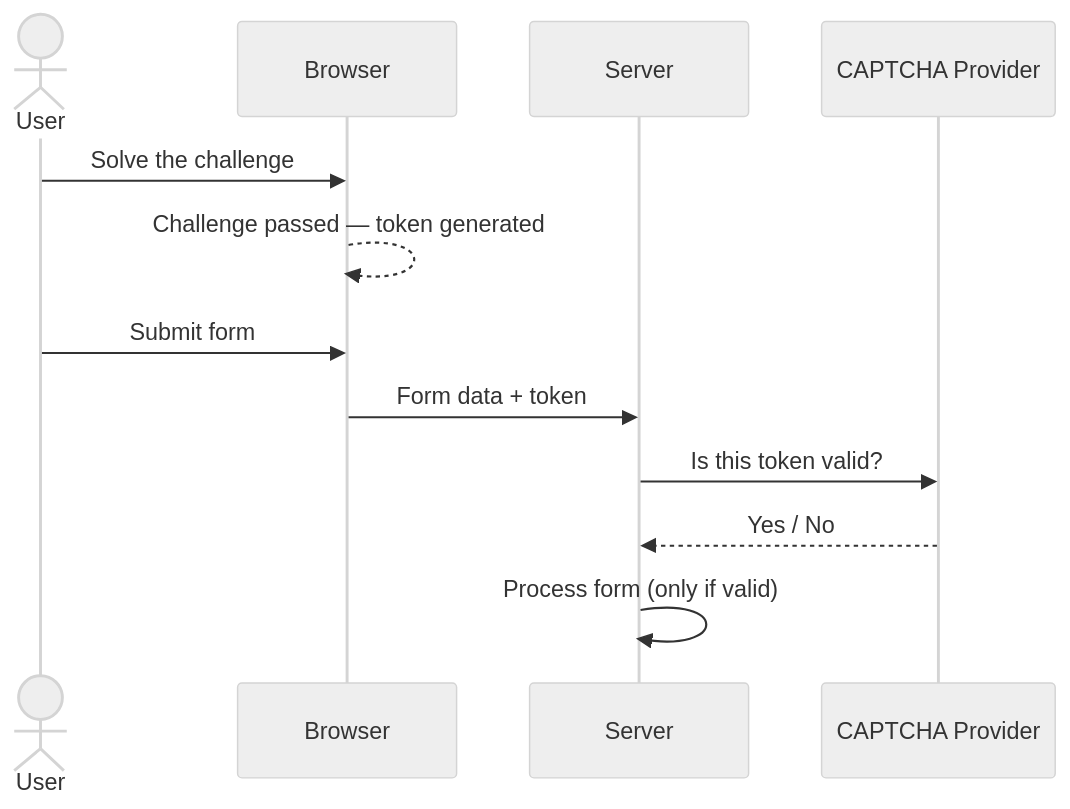
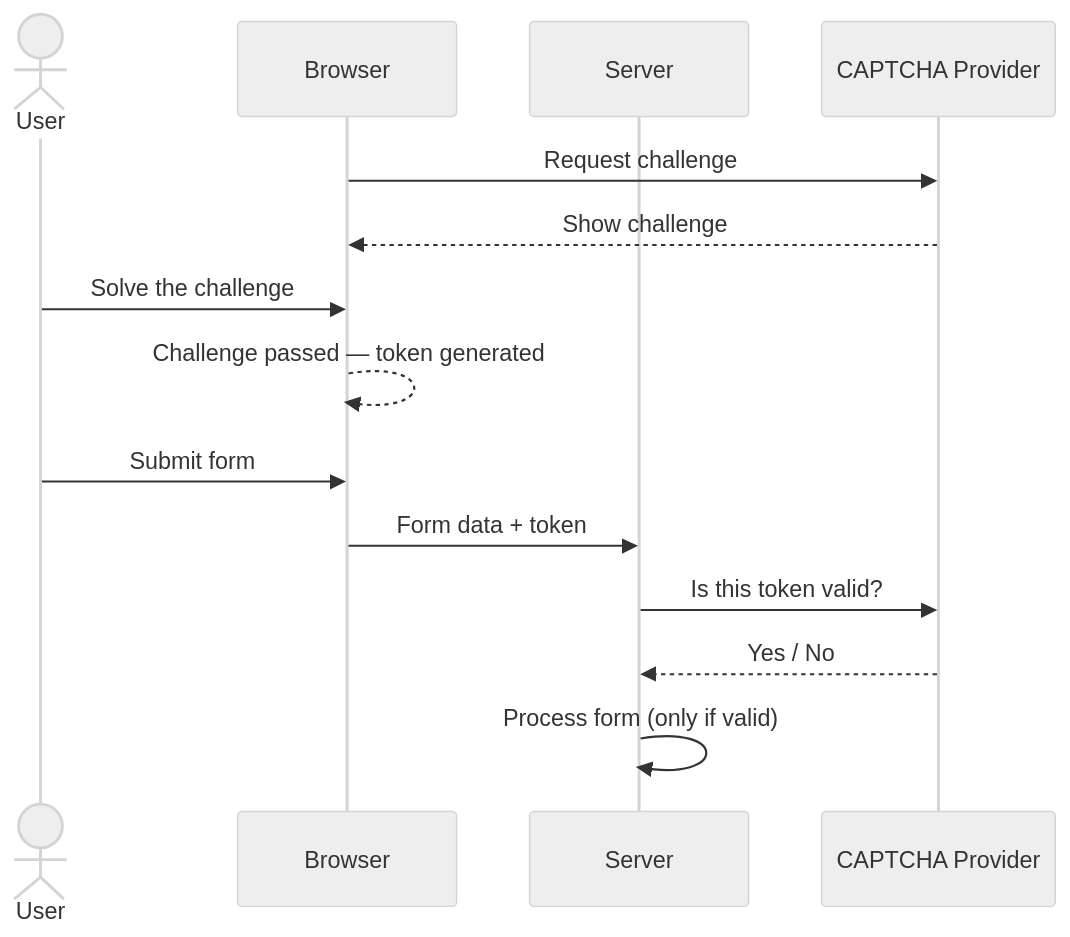
The diagram in content/docs/tutorials/captcha-basics.md (PrivateCaptcha/docs), drawn with Mermaid (neutral theme) before and after one commit.

Commit message:
Update captcha basics

````diff
--- a/content/docs/tutorials/captcha-basics.md
+++ b/content/docs/tutorials/captcha-basics.md
@@ -8,16 +8,19 @@
 ```mermaid
 sequenceDiagram
     actor User
     participant Browser
     participant Server
     participant CAPTCHAProvider as CAPTCHA Provider
+
+    Browser->>CAPTCHAProvider: Request challenge
+    CAPTCHAProvider-->>Browser: Show challenge
 
     User->>Browser: Solve the challenge
     Browser-->>Browser: Challenge passed — token generated
 
     User->>Browser: Submit form
     Browser->>Server: Form data + token
     Server->>CAPTCHAProvider: Is this token valid?
     CAPTCHAProvider-->>Server: Yes / No
     Server->>Server: Process form (only if valid)
 ```
````
